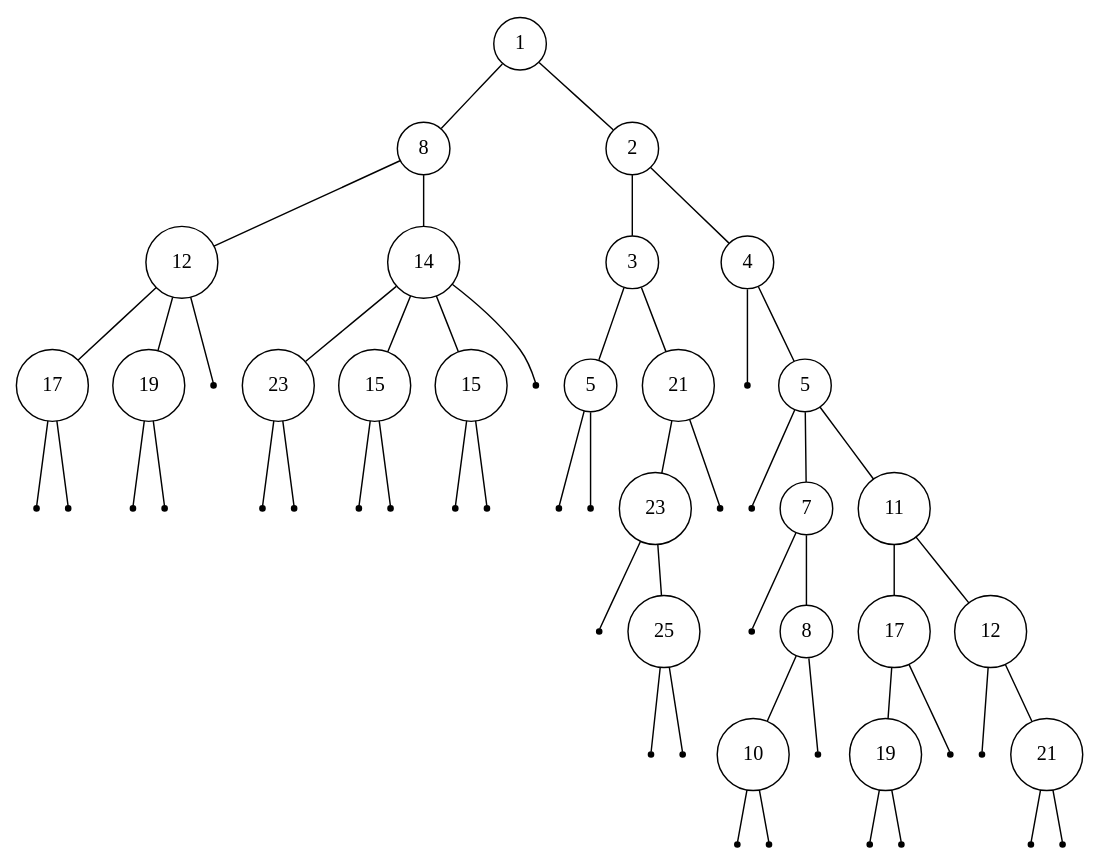
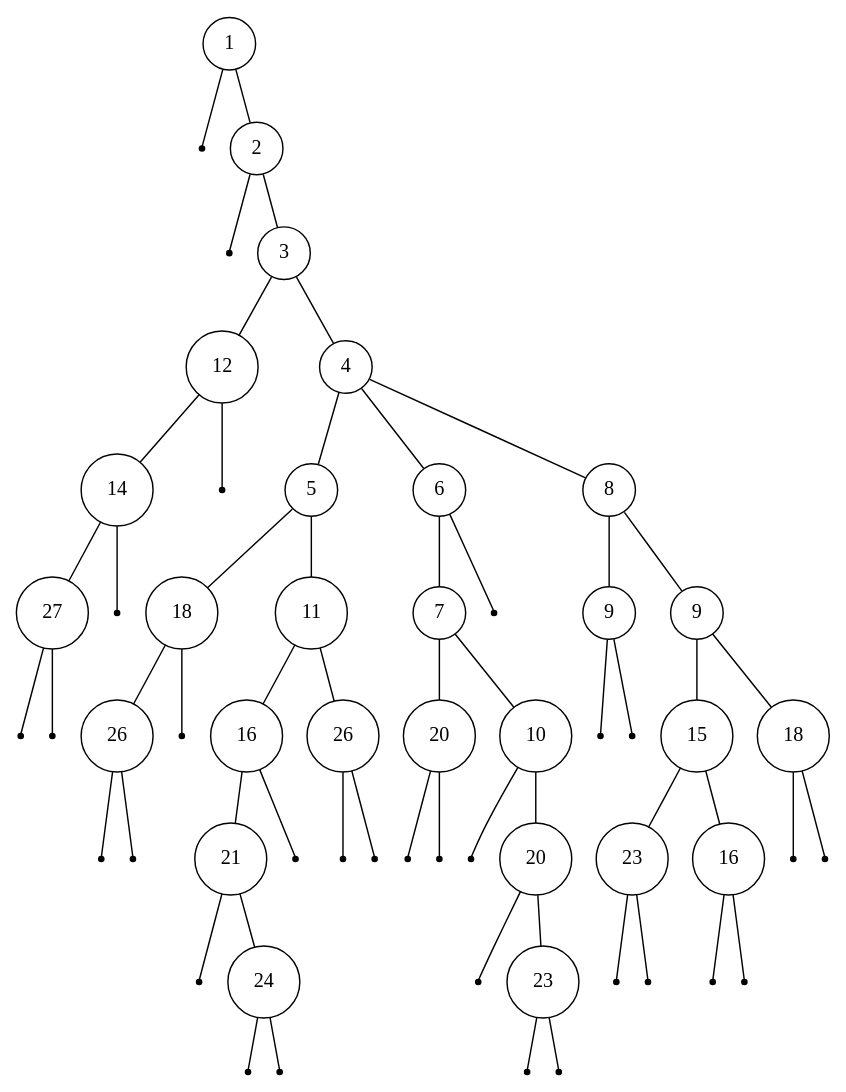
One commit to Shaolans/Projet_AAGA changed the diagram in tree/test9.dot. Above: the diagram before and after it, drawn with Graphviz. The commit also changed 2185 other files, not shown here.

```diff
--- a/tree/test9.dot
+++ b/tree/test9.dot
@@ -1,112 +1,118 @@
 digraph {
   edge [arrowhead = none, arrowtail=none];
-treeimplementationSchroderTreeImpl7ea987ac [label="1", shape=circle, width=0.1];
-treeimplementationSchroderTreeImpl7ea987ac -> treeimplementationSchroderTreeImpl12a3a380;
+treeimplementationSchroderTreeImpl677327b6 [label="1", shape=circle, width=0.1];
+treeimplementationSchroderTreeImpl677327b6 -> treeimplementationSchroderTreeImpl14ae5a5;
+treeimplementationSchroderTreeImpl677327b6 -> treeimplementationSchroderTreeImpl7f31245a;
+treeimplementationSchroderTreeImpl14ae5a5 [label="", shape=point];
+treeimplementationSchroderTreeImpl7f31245a [label="2", shape=circle, width=0.1];
+treeimplementationSchroderTreeImpl7f31245a -> treeimplementationSchroderTreeImpl6d6f6e28;
+treeimplementationSchroderTreeImpl7f31245a -> treeimplementationSchroderTreeImpl135fbaa4;
+treeimplementationSchroderTreeImpl6d6f6e28 [label="", shape=point];
+treeimplementationSchroderTreeImpl135fbaa4 [label="3", shape=circle, width=0.1];
+treeimplementationSchroderTreeImpl135fbaa4 -> treeimplementationSchroderTreeImpl45ee12a7;
+treeimplementationSchroderTreeImpl135fbaa4 -> treeimplementationSchroderTreeImpl330bedb4;
+treeimplementationSchroderTreeImpl45ee12a7 [label="12", shape=circle, width=0.1];
+treeimplementationSchroderTreeImpl45ee12a7 -> treeimplementationSchroderTreeImpl2503dbd3;
+treeimplementationSchroderTreeImpl45ee12a7 -> treeimplementationSchroderTreeImpl4b67cf4d;
+treeimplementationSchroderTreeImpl2503dbd3 [label="14", shape=circle, width=0.1];
+treeimplementationSchroderTreeImpl2503dbd3 -> treeimplementationSchroderTreeImpl7ea987ac;
+treeimplementationSchroderTreeImpl2503dbd3 -> treeimplementationSchroderTreeImpl12a3a380;
+treeimplementationSchroderTreeImpl7ea987ac [label="27", shape=circle, width=0.1];
 treeimplementationSchroderTreeImpl7ea987ac -> treeimplementationSchroderTreeImpl29453f44;
-treeimplementationSchroderTreeImpl12a3a380 [label="8", shape=circle, width=0.1];
-treeimplementationSchroderTreeImpl12a3a380 -> treeimplementationSchroderTreeImpl5cad8086;
-treeimplementationSchroderTreeImpl12a3a380 -> treeimplementationSchroderTreeImpl6e0be858;
-treeimplementationSchroderTreeImpl5cad8086 [label="12", shape=circle, width=0.1];
-treeimplementationSchroderTreeImpl5cad8086 -> treeimplementationSchroderTreeImpl61bbe9ba;
-treeimplementationSchroderTreeImpl5cad8086 -> treeimplementationSchroderTreeImpl610455d6;
-treeimplementationSchroderTreeImpl5cad8086 -> treeimplementationSchroderTreeImpl511d50c0;
-treeimplementationSchroderTreeImpl61bbe9ba [label="17", shape=circle, width=0.1];
-treeimplementationSchroderTreeImpl61bbe9ba -> treeimplementationSchroderTreeImpl60e53b93;
-treeimplementationSchroderTreeImpl61bbe9ba -> treeimplementationSchroderTreeImpl5e2de80c;
-treeimplementationSchroderTreeImpl60e53b93 [label="", shape=point];
-treeimplementationSchroderTreeImpl5e2de80c [label="", shape=point];
-treeimplementationSchroderTreeImpl610455d6 [label="19", shape=circle, width=0.1];
-treeimplementationSchroderTreeImpl610455d6 -> treeimplementationSchroderTreeImpl1d44bcfa;
-treeimplementationSchroderTreeImpl610455d6 -> treeimplementationSchroderTreeImpl266474c2;
+treeimplementationSchroderTreeImpl7ea987ac -> treeimplementationSchroderTreeImpl5cad8086;
+treeimplementationSchroderTreeImpl29453f44 [label="", shape=point];
+treeimplementationSchroderTreeImpl5cad8086 [label="", shape=point];
+treeimplementationSchroderTreeImpl12a3a380 [label="", shape=point];
+treeimplementationSchroderTreeImpl4b67cf4d [label="", shape=point];
+treeimplementationSchroderTreeImpl330bedb4 [label="4", shape=circle, width=0.1];
+treeimplementationSchroderTreeImpl330bedb4 -> treeimplementationSchroderTreeImpl6e0be858;
+treeimplementationSchroderTreeImpl330bedb4 -> treeimplementationSchroderTreeImpl61bbe9ba;
+treeimplementationSchroderTreeImpl330bedb4 -> treeimplementationSchroderTreeImpl610455d6;
+treeimplementationSchroderTreeImpl6e0be858 [label="5", shape=circle, width=0.1];
+treeimplementationSchroderTreeImpl6e0be858 -> treeimplementationSchroderTreeImpl511d50c0;
+treeimplementationSchroderTreeImpl6e0be858 -> treeimplementationSchroderTreeImpl60e53b93;
+treeimplementationSchroderTreeImpl511d50c0 [label="18", shape=circle, width=0.1];
+treeimplementationSchroderTreeImpl511d50c0 -> treeimplementationSchroderTreeImpl5e2de80c;
+treeimplementationSchroderTreeImpl511d50c0 -> treeimplementationSchroderTreeImpl1d44bcfa;
+treeimplementationSchroderTreeImpl5e2de80c [label="26", shape=circle, width=0.1];
+treeimplementationSchroderTreeImpl5e2de80c -> treeimplementationSchroderTreeImpl266474c2;
+treeimplementationSchroderTreeImpl5e2de80c -> treeimplementationSchroderTreeImpl6f94fa3e;
+treeimplementationSchroderTreeImpl266474c2 [label="", shape=point];
+treeimplementationSchroderTreeImpl6f94fa3e [label="", shape=point];
 treeimplementationSchroderTreeImpl1d44bcfa [label="", shape=point];
-treeimplementationSchroderTreeImpl266474c2 [label="", shape=point];
-treeimplementationSchroderTreeImpl511d50c0 [label="", shape=point];
-treeimplementationSchroderTreeImpl6e0be858 [label="14", shape=circle, width=0.1];
-treeimplementationSchroderTreeImpl6e0be858 -> treeimplementationSchroderTreeImpl6f94fa3e;
-treeimplementationSchroderTreeImpl6e0be858 -> treeimplementationSchroderTreeImpl5e481248;
-treeimplementationSchroderTreeImpl6e0be858 -> treeimplementationSchroderTreeImpl66d3c617;
-treeimplementationSchroderTreeImpl6e0be858 -> treeimplementationSchroderTreeImpl63947c6b;
-treeimplementationSchroderTreeImpl6f94fa3e [label="23", shape=circle, width=0.1];
-treeimplementationSchroderTreeImpl6f94fa3e -> treeimplementationSchroderTreeImpl2b193f2d;
-treeimplementationSchroderTreeImpl6f94fa3e -> treeimplementationSchroderTreeImpl355da254;
+treeimplementationSchroderTreeImpl60e53b93 [label="11", shape=circle, width=0.1];
+treeimplementationSchroderTreeImpl60e53b93 -> treeimplementationSchroderTreeImpl5e481248;
+treeimplementationSchroderTreeImpl60e53b93 -> treeimplementationSchroderTreeImpl66d3c617;
+treeimplementationSchroderTreeImpl5e481248 [label="16", shape=circle, width=0.1];
+treeimplementationSchroderTreeImpl5e481248 -> treeimplementationSchroderTreeImpl63947c6b;
+treeimplementationSchroderTreeImpl5e481248 -> treeimplementationSchroderTreeImpl2b193f2d;
+treeimplementationSchroderTreeImpl63947c6b [label="21", shape=circle, width=0.1];
+treeimplementationSchroderTreeImpl63947c6b -> treeimplementationSchroderTreeImpl355da254;
+treeimplementationSchroderTreeImpl63947c6b -> treeimplementationSchroderTreeImpl4dc63996;
+treeimplementationSchroderTreeImpl355da254 [label="", shape=point];
+treeimplementationSchroderTreeImpl4dc63996 [label="24", shape=circle, width=0.1];
+treeimplementationSchroderTreeImpl4dc63996 -> treeimplementationSchroderTreeImpld716361;
+treeimplementationSchroderTreeImpl4dc63996 -> treeimplementationSchroderTreeImpl6ff3c5b5;
+treeimplementationSchroderTreeImpld716361 [label="", shape=point];
+treeimplementationSchroderTreeImpl6ff3c5b5 [label="", shape=point];
 treeimplementationSchroderTreeImpl2b193f2d [label="", shape=point];
-treeimplementationSchroderTreeImpl355da254 [label="", shape=point];
-treeimplementationSchroderTreeImpl5e481248 [label="15", shape=circle, width=0.1];
-treeimplementationSchroderTreeImpl5e481248 -> treeimplementationSchroderTreeImpl4dc63996;
-treeimplementationSchroderTreeImpl5e481248 -> treeimplementationSchroderTreeImpld716361;
-treeimplementationSchroderTreeImpl4dc63996 [label="", shape=point];
-treeimplementationSchroderTreeImpld716361 [label="", shape=point];
-treeimplementationSchroderTreeImpl66d3c617 [label="15", shape=circle, width=0.1];
-treeimplementationSchroderTreeImpl66d3c617 -> treeimplementationSchroderTreeImpl6ff3c5b5;
+treeimplementationSchroderTreeImpl66d3c617 [label="26", shape=circle, width=0.1];
 treeimplementationSchroderTreeImpl66d3c617 -> treeimplementationSchroderTreeImpl3764951d;
-treeimplementationSchroderTreeImpl6ff3c5b5 [label="", shape=point];
+treeimplementationSchroderTreeImpl66d3c617 -> treeimplementationSchroderTreeImpl4b1210ee;
 treeimplementationSchroderTreeImpl3764951d [label="", shape=point];
-treeimplementationSchroderTreeImpl63947c6b [label="", shape=point];
-treeimplementationSchroderTreeImpl29453f44 [label="2", shape=circle, width=0.1];
-treeimplementationSchroderTreeImpl29453f44 -> treeimplementationSchroderTreeImpl4b1210ee;
-treeimplementationSchroderTreeImpl29453f44 -> treeimplementationSchroderTreeImpl4d7e1886;
-treeimplementationSchroderTreeImpl4b1210ee [label="3", shape=circle, width=0.1];
-treeimplementationSchroderTreeImpl4b1210ee -> treeimplementationSchroderTreeImpl3cd1a2f1;
-treeimplementationSchroderTreeImpl4b1210ee -> treeimplementationSchroderTreeImpl2f0e140b;
-treeimplementationSchroderTreeImpl3cd1a2f1 [label="5", shape=circle, width=0.1];
-treeimplementationSchroderTreeImpl3cd1a2f1 -> treeimplementationSchroderTreeImpl7440e464;
-treeimplementationSchroderTreeImpl3cd1a2f1 -> treeimplementationSchroderTreeImpl49476842;
-treeimplementationSchroderTreeImpl7440e464 [label="", shape=point];
+treeimplementationSchroderTreeImpl4b1210ee [label="", shape=point];
+treeimplementationSchroderTreeImpl61bbe9ba [label="6", shape=circle, width=0.1];
+treeimplementationSchroderTreeImpl61bbe9ba -> treeimplementationSchroderTreeImpl4d7e1886;
+treeimplementationSchroderTreeImpl61bbe9ba -> treeimplementationSchroderTreeImpl3cd1a2f1;
+treeimplementationSchroderTreeImpl4d7e1886 [label="7", shape=circle, width=0.1];
+treeimplementationSchroderTreeImpl4d7e1886 -> treeimplementationSchroderTreeImpl2f0e140b;
+treeimplementationSchroderTreeImpl4d7e1886 -> treeimplementationSchroderTreeImpl7440e464;
+treeimplementationSchroderTreeImpl2f0e140b [label="20", shape=circle, width=0.1];
+treeimplementationSchroderTreeImpl2f0e140b -> treeimplementationSchroderTreeImpl49476842;
+treeimplementationSchroderTreeImpl2f0e140b -> treeimplementationSchroderTreeImpl78308db1;
 treeimplementationSchroderTreeImpl49476842 [label="", shape=point];
-treeimplementationSchroderTreeImpl2f0e140b [label="21", shape=circle, width=0.1];
-treeimplementationSchroderTreeImpl2f0e140b -> treeimplementationSchroderTreeImpl78308db1;
-treeimplementationSchroderTreeImpl2f0e140b -> treeimplementationSchroderTreeImpl27c170f0;
-treeimplementationSchroderTreeImpl78308db1 [label="23", shape=circle, width=0.1];
-treeimplementationSchroderTreeImpl78308db1 -> treeimplementationSchroderTreeImpl5451c3a8;
-treeimplementationSchroderTreeImpl78308db1 -> treeimplementationSchroderTreeImpl2626b418;
-treeimplementationSchroderTreeImpl5451c3a8 [label="", shape=point];
-treeimplementationSchroderTreeImpl2626b418 [label="25", shape=circle, width=0.1];
-treeimplementationSchroderTreeImpl2626b418 -> treeimplementationSchroderTreeImpl5a07e868;
-treeimplementationSchroderTreeImpl2626b418 -> treeimplementationSchroderTreeImpl76ed5528;
-treeimplementationSchroderTreeImpl5a07e868 [label="", shape=point];
+treeimplementationSchroderTreeImpl78308db1 [label="", shape=point];
+treeimplementationSchroderTreeImpl7440e464 [label="10", shape=circle, width=0.1];
+treeimplementationSchroderTreeImpl7440e464 -> treeimplementationSchroderTreeImpl27c170f0;
+treeimplementationSchroderTreeImpl7440e464 -> treeimplementationSchroderTreeImpl5451c3a8;
+treeimplementationSchroderTreeImpl27c170f0 [label="", shape=point];
+treeimplementationSchroderTreeImpl5451c3a8 [label="20", shape=circle, width=0.1];
+treeimplementationSchroderTreeImpl5451c3a8 -> treeimplementationSchroderTreeImpl2626b418;
+treeimplementationSchroderTreeImpl5451c3a8 -> treeimplementationSchroderTreeImpl5a07e868;
+treeimplementationSchroderTreeImpl2626b418 [label="", shape=point];
+treeimplementationSchroderTreeImpl5a07e868 [label="23", shape=circle, width=0.1];
+treeimplementationSchroderTreeImpl5a07e868 -> treeimplementationSchroderTreeImpl76ed5528;
+treeimplementationSchroderTreeImpl5a07e868 -> treeimplementationSchroderTreeImpl2c7b84de;
 treeimplementationSchroderTreeImpl76ed5528 [label="", shape=point];
-treeimplementationSchroderTreeImpl27c170f0 [label="", shape=point];
-treeimplementationSchroderTreeImpl4d7e1886 [label="4", shape=circle, width=0.1];
-treeimplementationSchroderTreeImpl4d7e1886 -> treeimplementationSchroderTreeImpl2c7b84de;
-treeimplementationSchroderTreeImpl4d7e1886 -> treeimplementationSchroderTreeImpl3fee733d;
 treeimplementationSchroderTreeImpl2c7b84de [label="", shape=point];
-treeimplementationSchroderTreeImpl3fee733d [label="5", shape=circle, width=0.1];
-treeimplementationSchroderTreeImpl3fee733d -> treeimplementationSchroderTreeImpl5acf9800;
+treeimplementationSchroderTreeImpl3cd1a2f1 [label="", shape=point];
+treeimplementationSchroderTreeImpl610455d6 [label="8", shape=circle, width=0.1];
+treeimplementationSchroderTreeImpl610455d6 -> treeimplementationSchroderTreeImpl3fee733d;
+treeimplementationSchroderTreeImpl610455d6 -> treeimplementationSchroderTreeImpl5acf9800;
+treeimplementationSchroderTreeImpl3fee733d [label="9", shape=circle, width=0.1];
 treeimplementationSchroderTreeImpl3fee733d -> treeimplementationSchroderTreeImpl4617c264;
 treeimplementationSchroderTreeImpl3fee733d -> treeimplementationSchroderTreeImpl36baf30c;
-treeimplementationSchroderTreeImpl5acf9800 [label="", shape=point];
-treeimplementationSchroderTreeImpl4617c264 [label="7", shape=circle, width=0.1];
-treeimplementationSchroderTreeImpl4617c264 -> treeimplementationSchroderTreeImpl7a81197d;
-treeimplementationSchroderTreeImpl4617c264 -> treeimplementationSchroderTreeImpl5ca881b5;
-treeimplementationSchroderTreeImpl7a81197d [label="", shape=point];
-treeimplementationSchroderTreeImpl5ca881b5 [label="8", shape=circle, width=0.1];
-treeimplementationSchroderTreeImpl5ca881b5 -> treeimplementationSchroderTreeImpl24d46ca6;
-treeimplementationSchroderTreeImpl5ca881b5 -> treeimplementationSchroderTreeImpl4517d9a3;
-treeimplementationSchroderTreeImpl24d46ca6 [label="10", shape=circle, width=0.1];
+treeimplementationSchroderTreeImpl4617c264 [label="", shape=point];
+treeimplementationSchroderTreeImpl36baf30c [label="", shape=point];
+treeimplementationSchroderTreeImpl5acf9800 [label="9", shape=circle, width=0.1];
+treeimplementationSchroderTreeImpl5acf9800 -> treeimplementationSchroderTreeImpl7a81197d;
+treeimplementationSchroderTreeImpl5acf9800 -> treeimplementationSchroderTreeImpl5ca881b5;
+treeimplementationSchroderTreeImpl7a81197d [label="15", shape=circle, width=0.1];
+treeimplementationSchroderTreeImpl7a81197d -> treeimplementationSchroderTreeImpl24d46ca6;
+treeimplementationSchroderTreeImpl7a81197d -> treeimplementationSchroderTreeImpl4517d9a3;
+treeimplementationSchroderTreeImpl24d46ca6 [label="23", shape=circle, width=0.1];
 treeimplementationSchroderTreeImpl24d46ca6 -> treeimplementationSchroderTreeImpl372f7a8d;
 treeimplementationSchroderTreeImpl24d46ca6 -> treeimplementationSchroderTreeImpl2f92e0f4;
 treeimplementationSchroderTreeImpl372f7a8d [label="", shape=point];
 treeimplementationSchroderTreeImpl2f92e0f4 [label="", shape=point];
-treeimplementationSchroderTreeImpl4517d9a3 [label="", shape=point];
-treeimplementationSchroderTreeImpl36baf30c [label="11", shape=circle, width=0.1];
-treeimplementationSchroderTreeImpl36baf30c -> treeimplementationSchroderTreeImpl28a418fc;
-treeimplementationSchroderTreeImpl36baf30c -> treeimplementationSchroderTreeImpl5305068a;
-treeimplementationSchroderTreeImpl28a418fc [label="17", shape=circle, width=0.1];
-treeimplementationSchroderTreeImpl28a418fc -> treeimplementationSchroderTreeImpl1f32e575;
-treeimplementationSchroderTreeImpl28a418fc -> treeimplementationSchroderTreeImpl279f2327;
-treeimplementationSchroderTreeImpl1f32e575 [label="19", shape=circle, width=0.1];
-treeimplementationSchroderTreeImpl1f32e575 -> treeimplementationSchroderTreeImpl2ff4acd0;
-treeimplementationSchroderTreeImpl1f32e575 -> treeimplementationSchroderTreeImpl54bedef2;
-treeimplementationSchroderTreeImpl2ff4acd0 [label="", shape=point];
-treeimplementationSchroderTreeImpl54bedef2 [label="", shape=point];
+treeimplementationSchroderTreeImpl4517d9a3 [label="16", shape=circle, width=0.1];
+treeimplementationSchroderTreeImpl4517d9a3 -> treeimplementationSchroderTreeImpl28a418fc;
+treeimplementationSchroderTreeImpl4517d9a3 -> treeimplementationSchroderTreeImpl5305068a;
+treeimplementationSchroderTreeImpl28a418fc [label="", shape=point];
+treeimplementationSchroderTreeImpl5305068a [label="", shape=point];
+treeimplementationSchroderTreeImpl5ca881b5 [label="18", shape=circle, width=0.1];
+treeimplementationSchroderTreeImpl5ca881b5 -> treeimplementationSchroderTreeImpl1f32e575;
+treeimplementationSchroderTreeImpl5ca881b5 -> treeimplementationSchroderTreeImpl279f2327;
+treeimplementationSchroderTreeImpl1f32e575 [label="", shape=point];
 treeimplementationSchroderTreeImpl279f2327 [label="", shape=point];
-treeimplementationSchroderTreeImpl5305068a [label="12", shape=circle, width=0.1];
-treeimplementationSchroderTreeImpl5305068a -> treeimplementationSchroderTreeImpl5caf905d;
-treeimplementationSchroderTreeImpl5305068a -> treeimplementationSchroderTreeImpl27716f4;
-treeimplementationSchroderTreeImpl5caf905d [label="", shape=point];
-treeimplementationSchroderTreeImpl27716f4 [label="21", shape=circle, width=0.1];
-treeimplementationSchroderTreeImpl27716f4 -> treeimplementationSchroderTreeImpl8efb846;
-treeimplementationSchroderTreeImpl27716f4 -> treeimplementationSchroderTreeImpl2a84aee7;
-treeimplementationSchroderTreeImpl8efb846 [label="", shape=point];
-treeimplementationSchroderTreeImpl2a84aee7 [label="", shape=point];
 }
```
